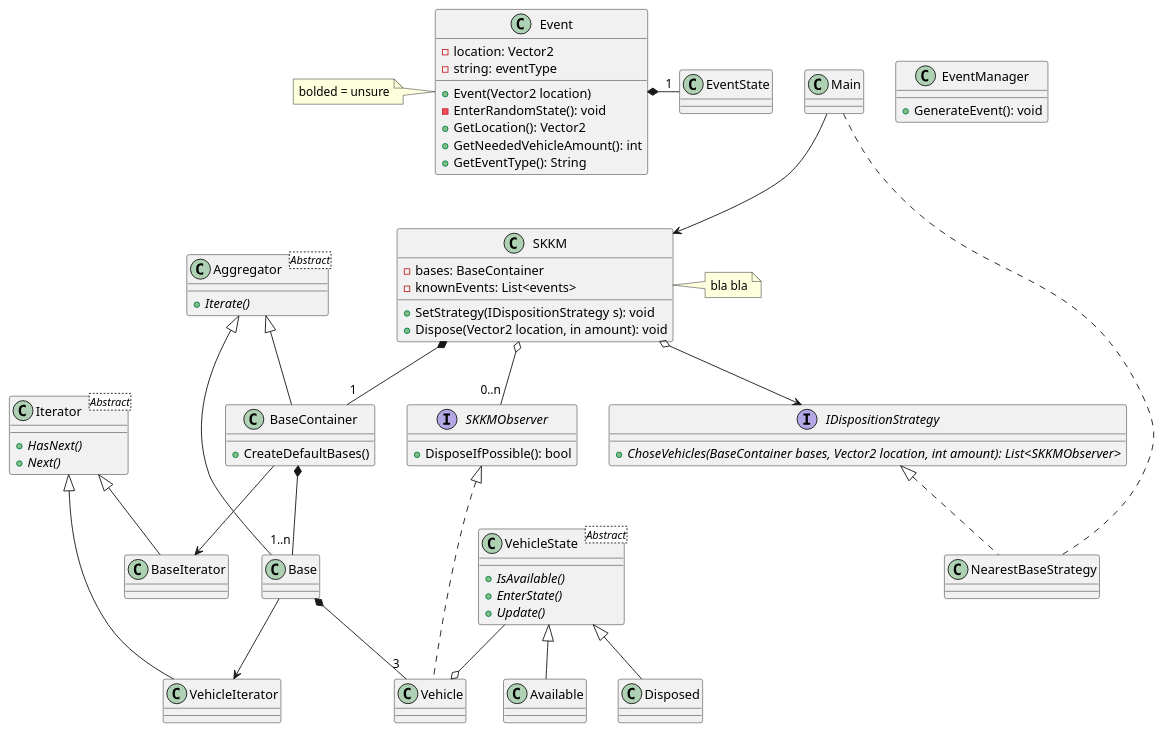
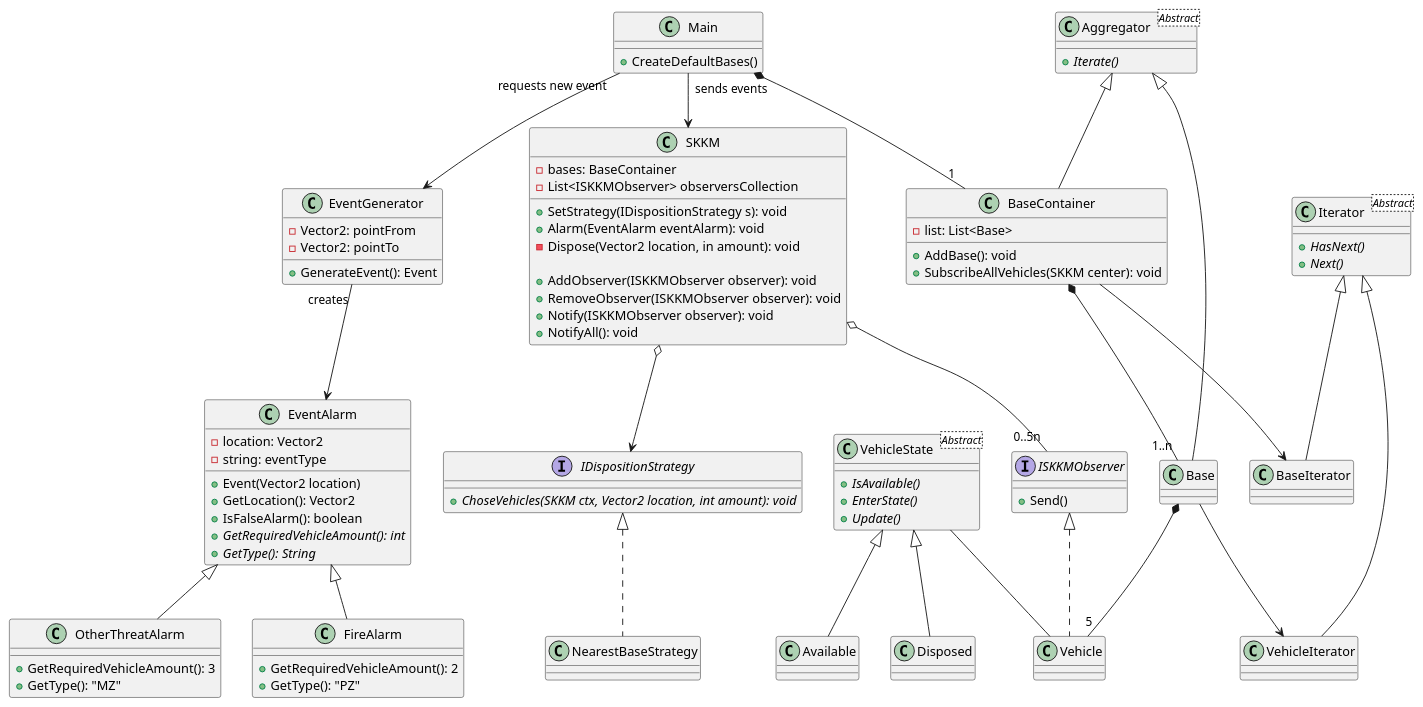
The diagram in src/uml.puml (CKTA00/TO_lab_5), drawn with PlantUML before and after one commit. The commit also changed 10 other files, not shown here.

```diff
--- a/src/uml.puml
+++ b/src/uml.puml
@@ -1,123 +1,128 @@
 @startuml
 
-class EventManager{
-    +GenerateEvent(): void
+class Main{
+    +CreateDefaultBases()
 }
-' extends MonoBehaviour{
 
-class Event{
+class EventGenerator{
+    -Vector2: pointFrom
+    -Vector2: pointTo
+    +GenerateEvent(): Event
+}
+
+class EventAlarm{
     -location: Vector2
     -string: eventType
     +Event(Vector2 location)
-    -EnterRandomState(): void
     +GetLocation(): Vector2
-    +GetNeededVehicleAmount(): int
-    +GetEventType(): String
+    +IsFalseAlarm(): boolean
+    +<i>GetRequiredVehicleAmount(): int
+    +<i>GetType(): String
 }
-Note left: bolded = unsure
 
 
-'class EventState{
-'    +<i>Update(): void</i>
-'    +<i>GetNeededVehicleAmount(): int</i>
-'}
-'
-'class Fire extends EventState{
-'    +GetNeededVehicleAmount(): 2
-'}
-'
-'class FalseAlarm extends EventState{
-'    +GetNeededVehicleAmount(): 0
-'}
-'
-'class OtherEvent extends EventState{
-'    +GetNeededVehicleAmount(): 3
-'}
+class FireAlarm extends EventAlarm{
+    +GetRequiredVehicleAmount(): 2
+    +GetType(): "PZ"
+}
 
-interface SKKMObserver
+class OtherThreatAlarm extends EventAlarm{
+    +GetRequiredVehicleAmount(): 3
+    +GetType(): "MZ"
+}
+
+interface ISKKMObserver
 {
-    +DisposeIfPossible(): bool
+    +Send()
 }
 
 
 class SKKM{
     -bases: BaseContainer
-    -knownEvents: List<events>
+    -List<ISKKMObserver> observersCollection
     +SetStrategy(IDispositionStrategy s): void
-    +Dispose(Vector2 location, in amount): void
+    +Alarm(EventAlarm eventAlarm): void
+    -Dispose(Vector2 location, in amount): void
+
+    +AddObserver(ISKKMObserver observer): void
+    +RemoveObserver(ISKKMObserver observer): void
+    +Notify(ISKKMObserver observer): void
+    +NotifyAll(): void
 }
-Note right: bla bla
+'Note right: bla bla
 
 class Iterator<Abstract>{
     +<i>HasNext()
     +<i>Next()
 }
 class Aggregator<Abstract>{
     +<i>Iterate()
 }
 
 class BaseContainer extends Aggregator
 {
-    +CreateDefaultBases()
+    -list: List<Base>
+    +AddBase(): void
+    +SubscribeAllVehicles(SKKM center): void
 }
 
 class BaseIterator extends Iterator
 {
 
 }
 
 class Base extends Aggregator
 {
 
 }
 
 class VehicleIterator extends Iterator
 {
 
 }
 
-class Vehicle implements SKKMObserver{
+class Vehicle implements ISKKMObserver{
 
 }
 
 
 
 interface IDispositionStrategy{
-    +<i>ChoseVehicles(BaseContainer bases, Vector2 location, int amount): List<SKKMObserver>
+    +<i>ChoseVehicles(SKKM ctx, Vector2 location, int amount): void
 }
 
 class NearestBaseStrategy implements IDispositionStrategy {
 }
 
 class VehicleState<Abstract>{
     +<i>IsAvailable()</i>
     +<i>EnterState()</i>
     +<i>Update()</i>
 }
 
 class Available extends VehicleState{
 }
 
 class Disposed extends VehicleState{
 }
 
-Event *- "1" EventState
 
 'Fire ..> "can transition" FalseAlarm
 'OtherEvent ..> "can transition" FalseAlarm
-'EventManager o-- "0..n" Event
-Main --> SKKM
-SKKM o-- "0..n" SKKMObserver
+EventGenerator "creates" --> EventAlarm
+Main "sends events"--> SKKM
+Main "requests new event"--> EventGenerator
+SKKM o-- "0..5n" ISKKMObserver
 SKKM o--> IDispositionStrategy
-SKKM *--"1" BaseContainer
+Main *--"1" BaseContainer
 BaseContainer *--"1..n" Base
-Base *-- "3" Vehicle
-VehicleState --o Vehicle
-Main ... NearestBaseStrategy
+Base *-- "5" Vehicle
+VehicleState -- Vehicle
+'Main ... NearestBaseStrategy
 
 Base --> VehicleIterator
 BaseContainer --> BaseIterator
 
 
 'note left of EventManager: Update is called every frame\nand is defined by Unity Engine\nin MonoBehaviour
 @enduml
```
